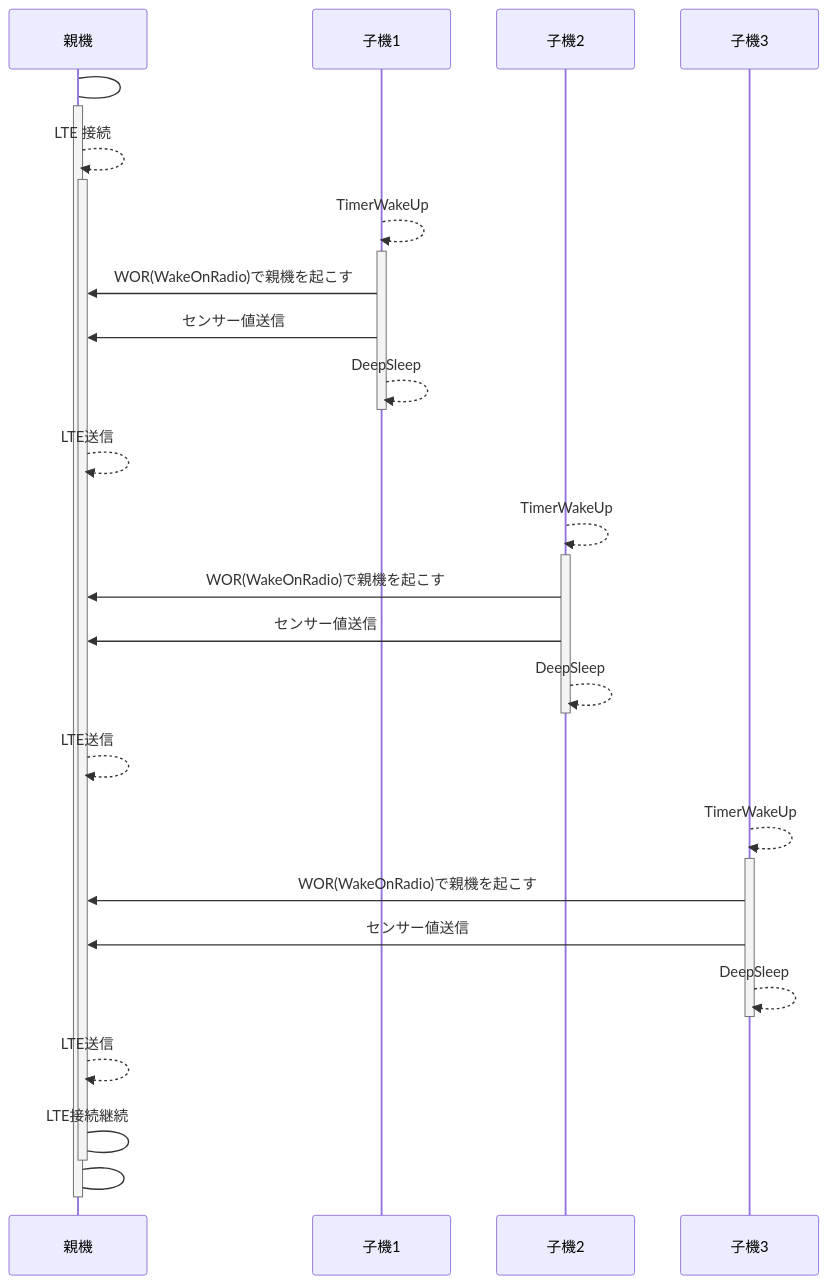
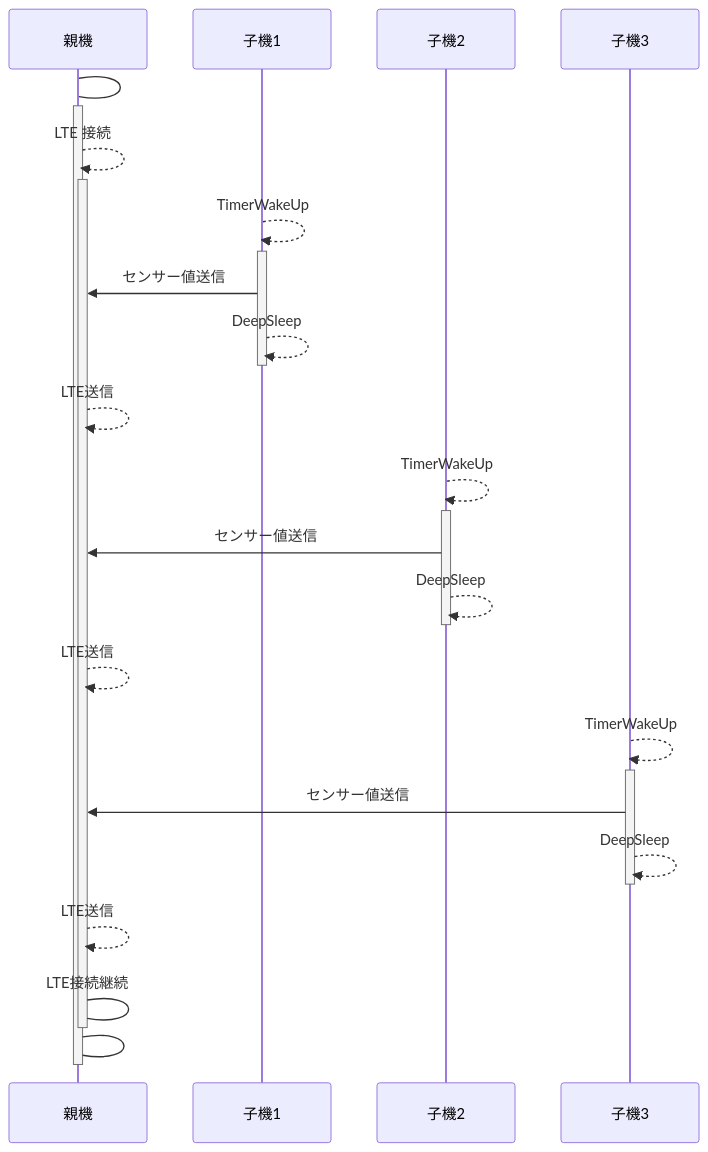
Before and after one commit to mnltake/IoTanbo: the first of 3 diagrams in lteGateway/sequence.md, drawn with Mermaid.

Commit message:
1訂正

````diff
--- a/lteGateway/sequence.md
+++ b/lteGateway/sequence.md
@@ -5,22 +5,19 @@
 ```mermaid
 sequenceDiagram
     親機　->+ 親機 :  
     親機　-->>+ 親機 : LTE 接続 
 　　子機1 -->>+ 子機1 : TimerWakeUp
-    子機1 ->> 親機 : WOR(WakeOnRadio)で親機を起こす
     子機1 ->> 親機 : センサー値送信
     子機1 -->>- 子機1 : DeepSleep
     親機 -->> 親機 : LTE送信
 　　子機2 -->>+ 子機2 : TimerWakeUp
-    子機2 ->> 親機 : WOR(WakeOnRadio)で親機を起こす
     子機2 ->> 親機 : センサー値送信
     子機2 -->>- 子機2 : DeepSleep
     親機 -->> 親機 : LTE送信
 　　子機3 -->>+ 子機3 : TimerWakeUp
-    子機3 ->> 親機 : WOR(WakeOnRadio)で親機を起こす
     子機3 ->> 親機 : センサー値送信
     子機3 -->>- 子機3 : DeepSleep
     親機 -->> 親機 : LTE送信
     親機　->- 親機 : LTE接続継続
     親機　->- 親機 :  
 ```
````
